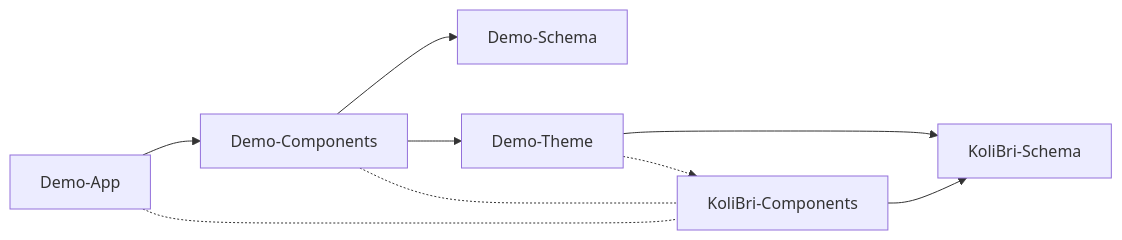
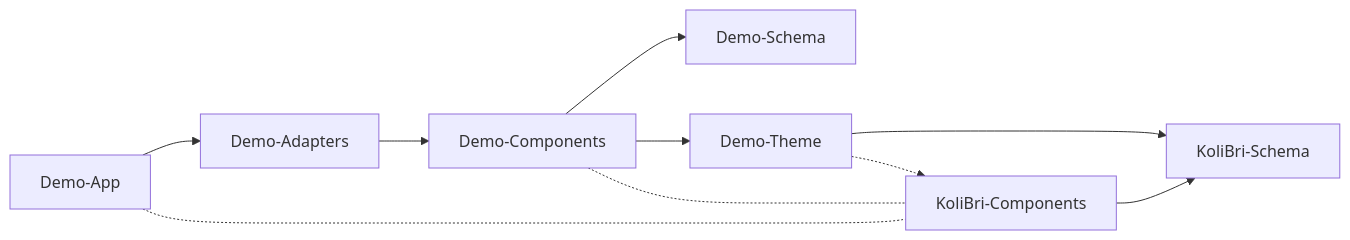
One commit to public-ui/kolibri changed the diagram in packages/samples/library/README.md. Above: the diagram before and after it, drawn with Mermaid. The commit also changed other lines of this file and 15 other files, not shown here.

````diff
--- a/packages/samples/library/README.md
+++ b/packages/samples/library/README.md
@@ -7,11 +7,12 @@
 ```mermaid
 flowchart LR
     KoliBri-Components --> KoliBri-Schema
     Demo-Theme --> KoliBri-Schema
     Demo-Theme .-> KoliBri-Components
     Demo-Components --> Demo-Schema
     Demo-Components --> Demo-Theme
     Demo-Components .- KoliBri-Components
-    Demo-App --> Demo-Components
+    Demo-Adapters --> Demo-Components
+    Demo-App --> Demo-Adapters
     Demo-App .- KoliBri-Components
 ```
````
